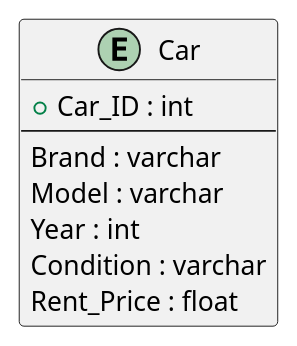
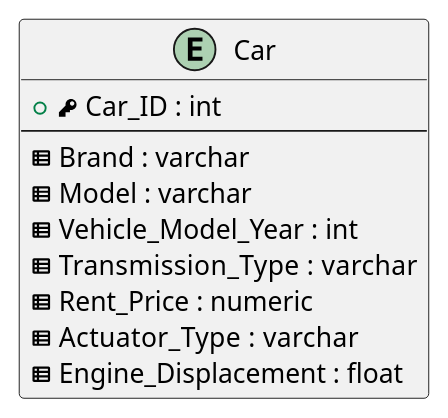
The diagram in Labs/Lab1/Tables/Entities/Car.puml (DmitryVasilkovW/ITMO-Database-design-labs-4-sem), drawn with PlantUML before and after one commit. The commit also changed 5 other files, not shown here.

```diff
--- a/Labs/Lab1/Tables/Entities/Car.puml
+++ b/Labs/Lab1/Tables/Entities/Car.puml
@@ -1,12 +1,14 @@
 @startuml
 entity "Car" as car
 {
-  + Car_ID : int
+  +<&key> Car_ID : int
   --
-  Brand : varchar
-  Model : varchar
-  Year : int
-  Condition : varchar
-  Rent_Price : float
+  <&spreadsheet> Brand : varchar
+  <&spreadsheet> Model : varchar
+  <&spreadsheet> Vehicle_Model_Year : int
+  <&spreadsheet> Transmission_Type  : varchar
+  <&spreadsheet> Rent_Price : numeric
+  <&spreadsheet> Actuator_Type  : varchar
+  <&spreadsheet> Engine_Displacement : float
 }
 @enduml
```
